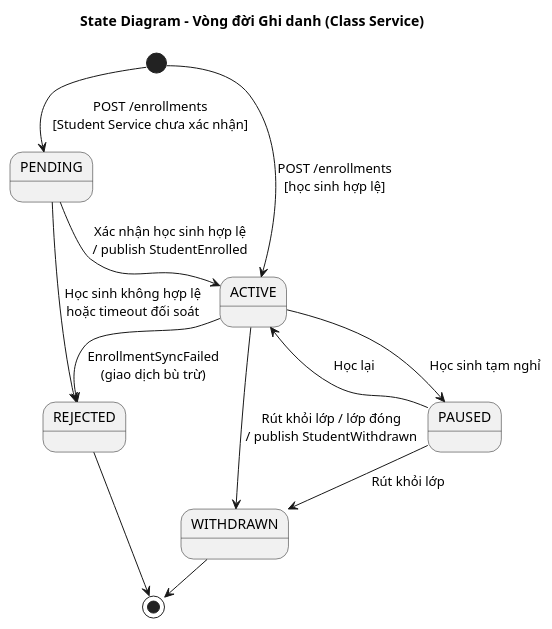
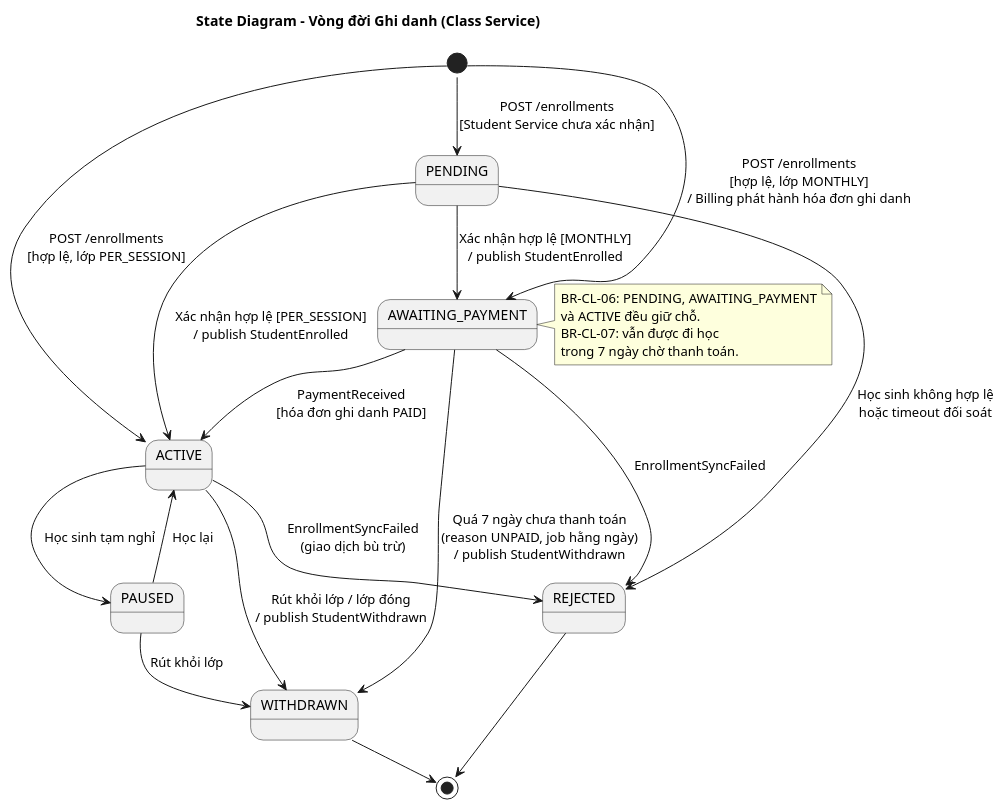
One commit to thuanbui-1203/private-tutor-management-system changed the second of 5 diagrams in docs/diagrams/09-state-lifecycle.puml. Above: the diagram before and after it, drawn with PlantUML. The commit also changed other lines of this file and 15 other files, not shown here.

First line of the commit message:
Checkpoint: sync diagrams and service docs with domain decisions

```diff
--- a/docs/diagrams/09-state-lifecycle.puml
+++ b/docs/diagrams/09-state-lifecycle.puml
@@ -33,20 +40,33 @@
 @startuml 09-state-enrollment
 ' Bỏ dòng pragma nếu máy đã cài Graphviz
 !pragma layout smetana
 title State Diagram - Vòng đời Ghi danh (Class Service)
 
 [*] --> PENDING : POST /enrollments\n[Student Service chưa xác nhận]
-[*] --> ACTIVE : POST /enrollments\n[học sinh hợp lệ]
+[*] --> ACTIVE : POST /enrollments\n[hợp lệ, lớp PER_SESSION]
+[*] --> AWAITING_PAYMENT : POST /enrollments\n[hợp lệ, lớp MONTHLY]\n/ Billing phát hành hóa đơn ghi danh
 
-PENDING --> ACTIVE : Xác nhận học sinh hợp lệ\n/ publish StudentEnrolled
+PENDING --> ACTIVE : Xác nhận hợp lệ [PER_SESSION]\n/ publish StudentEnrolled
+PENDING --> AWAITING_PAYMENT : Xác nhận hợp lệ [MONTHLY]\n/ publish StudentEnrolled
 PENDING --> REJECTED : Học sinh không hợp lệ\nhoặc timeout đối soát
+
+AWAITING_PAYMENT --> ACTIVE : PaymentReceived\n[hóa đơn ghi danh PAID]
+AWAITING_PAYMENT --> WITHDRAWN : Quá 7 ngày chưa thanh toán\n(reason UNPAID, job hằng ngày)\n/ publish StudentWithdrawn
+AWAITING_PAYMENT --> REJECTED : EnrollmentSyncFailed
 
 ACTIVE --> PAUSED : Học sinh tạm nghỉ
 PAUSED --> ACTIVE : Học lại
 ACTIVE --> REJECTED : EnrollmentSyncFailed\n(giao dịch bù trừ)
 ACTIVE --> WITHDRAWN : Rút khỏi lớp / lớp đóng\n/ publish StudentWithdrawn
 PAUSED --> WITHDRAWN : Rút khỏi lớp
 
 REJECTED --> [*]
 WITHDRAWN --> [*]
+
+note right of AWAITING_PAYMENT
+  BR-CL-06: PENDING, AWAITING_PAYMENT
+  và ACTIVE đều giữ chỗ.
+  BR-CL-07: vẫn được đi học
+  trong 7 ngày chờ thanh toán.
+end note
 @enduml
```
